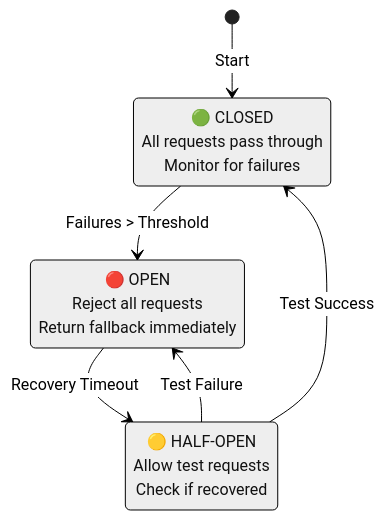
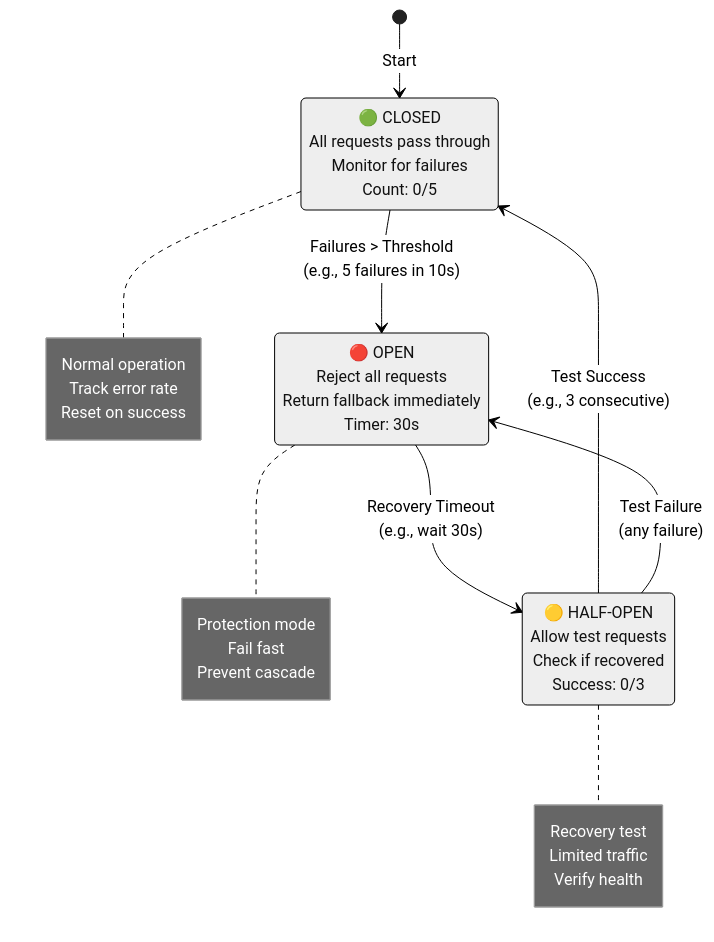
One commit to deepaucksharma/DStudio changed the first of 8 diagrams in docs/pattern-library/resilience/circuit-breaker.md. Above: the diagram before and after it, drawn with Mermaid (neutral theme). The commit also changed other lines of this file and 119 other files, not shown here.

````diff
--- a/docs/pattern-library/resilience/circuit-breaker.md
+++ b/docs/pattern-library/resilience/circuit-breaker.md
@@ -90,12 +90,16 @@
 ```mermaid
 stateDiagram-v2
     [*] --> Closed: Start
-    Closed --> Open: Failures > Threshold
-    Open --> HalfOpen: Recovery Timeout
-    HalfOpen --> Closed: Test Success
-    HalfOpen --> Open: Test Failure
+    Closed --> Open: Failures > Threshold<br/>(e.g., 5 failures in 10s)
+    Open --> HalfOpen: Recovery Timeout<br/>(e.g., wait 30s)
+    HalfOpen --> Closed: Test Success<br/>(e.g., 3 consecutive)
+    HalfOpen --> Open: Test Failure<br/>(any failure)
     
-    Closed: 🟢 CLOSED<br/>All requests pass through<br/>Monitor for failures
-    Open: 🔴 OPEN<br/>Reject all requests<br/>Return fallback immediately
-    HalfOpen: 🟡 HALF-OPEN<br/>Allow test requests<br/>Check if recovered
+    Closed: 🟢 CLOSED<br/>All requests pass through<br/>Monitor for failures<br/>Count: 0/5
+    Open: 🔴 OPEN<br/>Reject all requests<br/>Return fallback immediately<br/>Timer: 30s
+    HalfOpen: 🟡 HALF-OPEN<br/>Allow test requests<br/>Check if recovered<br/>Success: 0/3
+    
+    note right of Closed: Normal operation<br/>Track error rate<br/>Reset on success
+    note right of Open: Protection mode<br/>Fail fast<br/>Prevent cascade
+    note right of HalfOpen: Recovery test<br/>Limited traffic<br/>Verify health
 ```
````
